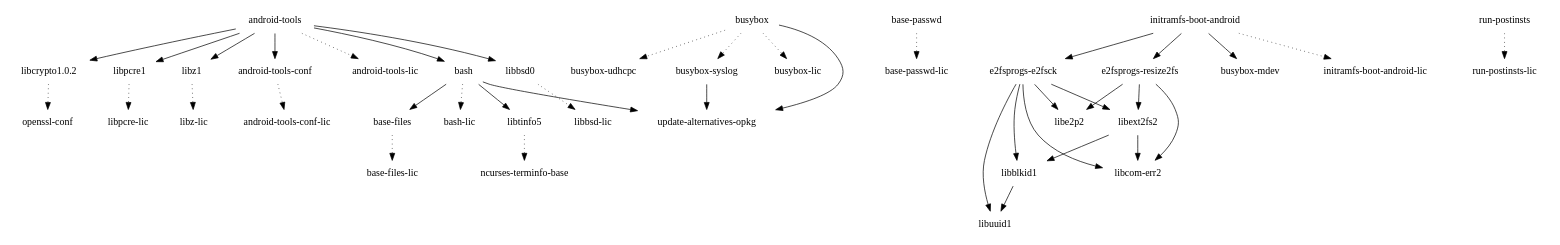
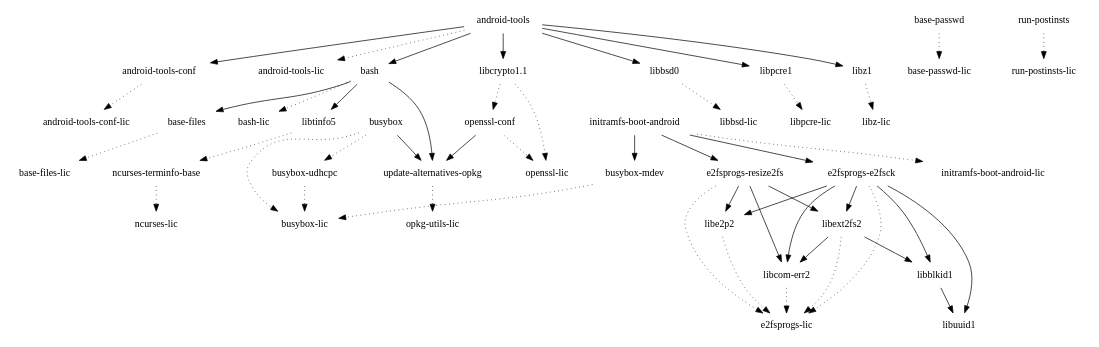
One commit to webOS-ports/buildhistory changed the diagram in images/hammerhead/glibc/initramfs-android-image/depends-nokernel-nolibc.dot. Above: the diagram before and after it, drawn with Graphviz. The commit also changed 17710 other files, not shown here.

```diff
--- a/images/hammerhead/glibc/initramfs-android-image/depends-nokernel-nolibc.dot
+++ b/images/hammerhead/glibc/initramfs-android-image/depends-nokernel-nolibc.dot
@@ -1,43 +1,53 @@
 digraph depends {
     node [shape=plaintext]
 "android-tools" -> "android-tools-conf"
 "android-tools" -> "android-tools-lic" [style=dotted]
 "android-tools" -> "bash"
 "android-tools-conf" -> "android-tools-conf-lic" [style=dotted]
 "android-tools" -> "libbsd0"
-"android-tools" -> "libcrypto1.0.2"
+"android-tools" -> "libcrypto1.1"
 "android-tools" -> "libpcre1"
 "android-tools" -> "libz1"
 "base-files" -> "base-files-lic" [style=dotted]
 "base-passwd" -> "base-passwd-lic" [style=dotted]
 "bash" -> "base-files"
 "bash" -> "bash-lic" [style=dotted]
 "bash" -> "libtinfo5"
 "bash" -> "update-alternatives-opkg"
 "busybox" -> "busybox-lic" [style=dotted]
-"busybox" -> "busybox-syslog" [style=dotted]
 "busybox" -> "busybox-udhcpc" [style=dotted]
-"busybox-syslog" -> "update-alternatives-opkg"
+"busybox-mdev" -> "busybox-lic" [style=dotted]
+"busybox-udhcpc" -> "busybox-lic" [style=dotted]
 "busybox" -> "update-alternatives-opkg"
+"e2fsprogs-e2fsck" -> "e2fsprogs-lic" [style=dotted]
 "e2fsprogs-e2fsck" -> "libblkid1"
 "e2fsprogs-e2fsck" -> "libcom-err2"
 "e2fsprogs-e2fsck" -> "libe2p2"
 "e2fsprogs-e2fsck" -> "libext2fs2"
 "e2fsprogs-e2fsck" -> "libuuid1"
+"e2fsprogs-resize2fs" -> "e2fsprogs-lic" [style=dotted]
 "e2fsprogs-resize2fs" -> "libcom-err2"
 "e2fsprogs-resize2fs" -> "libe2p2"
 "e2fsprogs-resize2fs" -> "libext2fs2"
 "initramfs-boot-android" -> "busybox-mdev"
 "initramfs-boot-android" -> "e2fsprogs-e2fsck"
 "initramfs-boot-android" -> "e2fsprogs-resize2fs"
 "initramfs-boot-android" -> "initramfs-boot-android-lic" [style=dotted]
 "libblkid1" -> "libuuid1"
 "libbsd0" -> "libbsd-lic" [style=dotted]
-"libcrypto1.0.2" -> "openssl-conf" [style=dotted]
+"libcom-err2" -> "e2fsprogs-lic" [style=dotted]
+"libcrypto1.1" -> "openssl-conf" [style=dotted]
+"libcrypto1.1" -> "openssl-lic" [style=dotted]
+"libe2p2" -> "e2fsprogs-lic" [style=dotted]
+"libext2fs2" -> "e2fsprogs-lic" [style=dotted]
 "libext2fs2" -> "libblkid1"
 "libext2fs2" -> "libcom-err2"
 "libpcre1" -> "libpcre-lic" [style=dotted]
 "libtinfo5" -> "ncurses-terminfo-base" [style=dotted]
 "libz1" -> "libz-lic" [style=dotted]
+"ncurses-terminfo-base" -> "ncurses-lic" [style=dotted]
+"openssl-conf" -> "openssl-lic" [style=dotted]
+"openssl-conf" -> "update-alternatives-opkg"
 "run-postinsts" -> "run-postinsts-lic" [style=dotted]
+"update-alternatives-opkg" -> "opkg-utils-lic" [style=dotted]
 }
```
